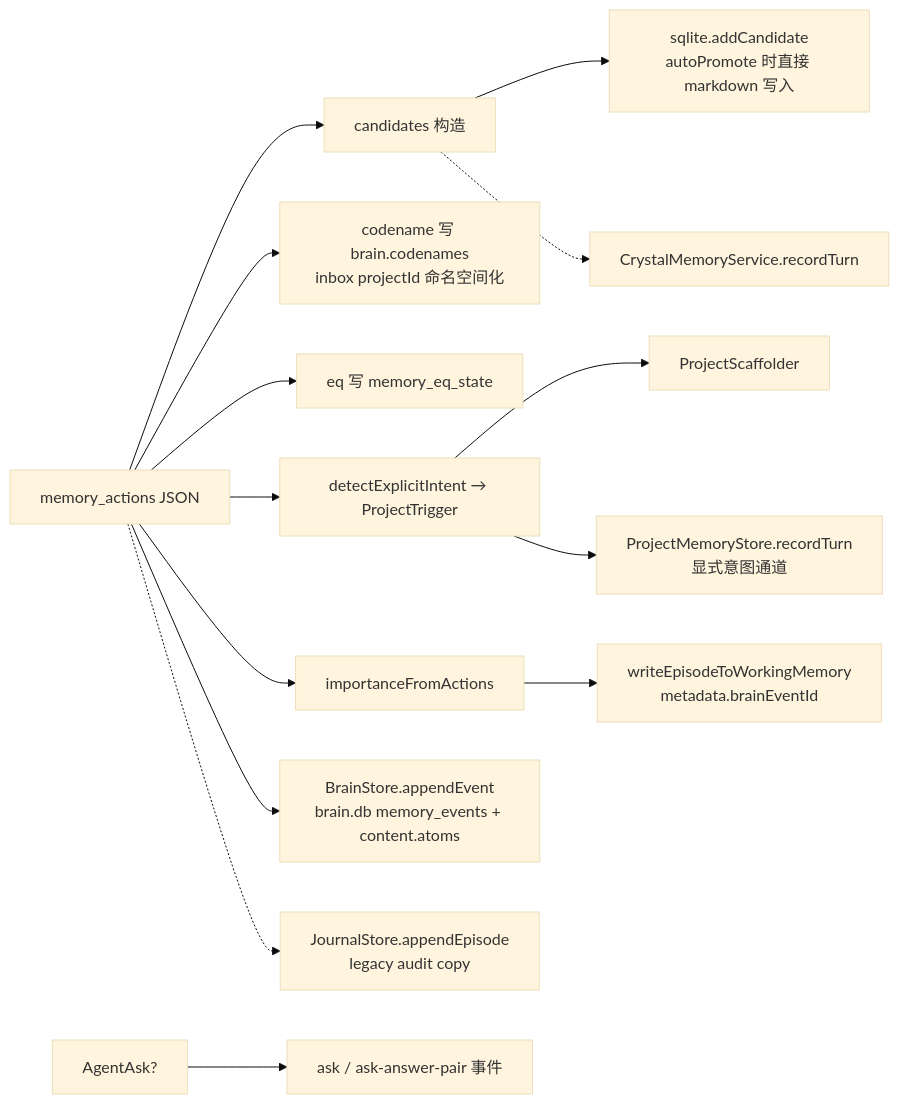
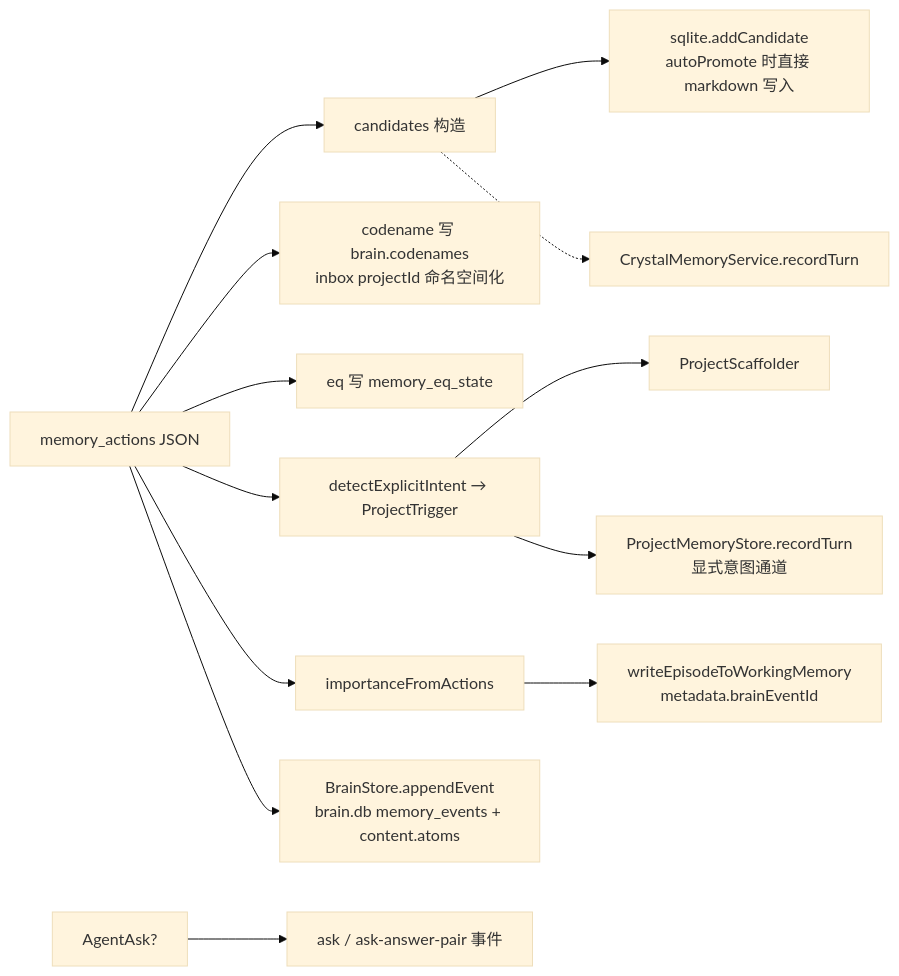
One commit to flyflor/flyflor changed the fifth of 5 diagrams in docs/runtime.turn.md. Above: the diagram before and after it, drawn with Mermaid (base theme). The commit also changed other lines of this file and 37 other files, not shown here.

Commit message:
Remove legacy journal hot path

````diff
--- a/docs/runtime.turn.md
+++ b/docs/runtime.turn.md
@@ -192,16 +192,15 @@
 ```mermaid
 flowchart LR
     Action[memory_actions JSON] --> Cand[candidates 构造]
     Action --> Codename[codename 写 brain.codenames<br/>inbox projectId 命名空间化]
     Action --> Eq[eq 写 memory_eq_state]
     Action --> Trig[detectExplicitIntent → ProjectTrigger]
     Action --> Imp[importanceFromActions]
     Ask[AgentAsk?] --> BrainAsk[ask / ask-answer-pair 事件]
     Imp --> WorkEp[writeEpisodeToWorkingMemory<br/>metadata.brainEventId]
     Trig --> ScaffoldP[ProjectScaffolder]
     Cand --> SqliteCand[sqlite.addCandidate<br/>autoPromote 时直接 markdown 写入]
     Trig --> ProjectMem[ProjectMemoryStore.recordTurn<br/>显式意图通道]
     Action --> BrainEvent[BrainStore.appendEvent<br/>brain.db memory_events + content.atoms]
-    Action -.-> JournalRec[JournalStore.appendEpisode<br/>legacy audit copy]
     Cand -.-> CrystalAsync[CrystalMemoryService.recordTurn]
 ```
````
